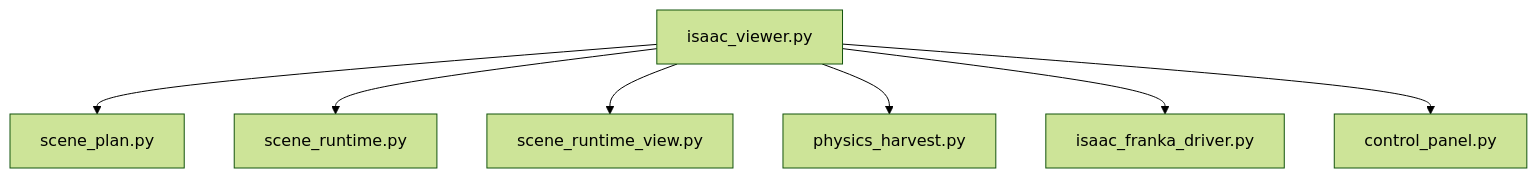
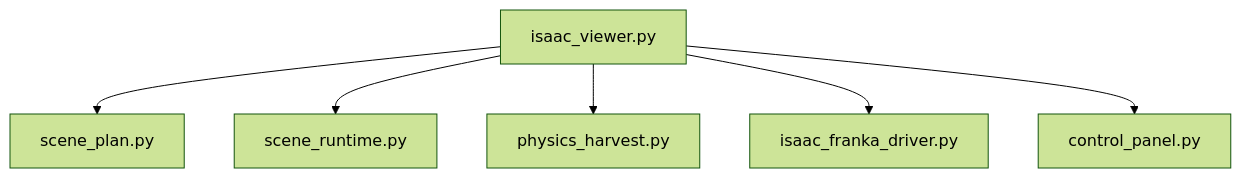
One commit to akodama428/trial_issac_sim changed the first of 5 diagrams in src/tomato_harvest_sim/simulator/README.md. Above: the diagram before and after it, drawn with Mermaid (forest theme). The commit also changed other lines of this file and 8 other files, not shown here.

First line of the commit message:
未使用モジュール（scene_runtime_view/debug_visualization/isaac_ros2_control_system）を削除

````diff
--- a/src/tomato_harvest_sim/simulator/README.md
+++ b/src/tomato_harvest_sim/simulator/README.md
@@ -28,17 +28,15 @@
 ```mermaid
 flowchart TD
   Viewer[isaac_viewer.py]
   Plan[scene_plan.py]
   Runtime[scene_runtime.py]
-  Display[scene_runtime_view.py]
   Physics[physics_harvest.py]
   Driver[isaac_franka_driver.py]
   Panel[control_panel.py]
 
   Viewer --> Plan
   Viewer --> Runtime
-  Viewer --> Display
   Viewer --> Physics
   Viewer --> Driver
   Viewer --> Panel
 ```
````
